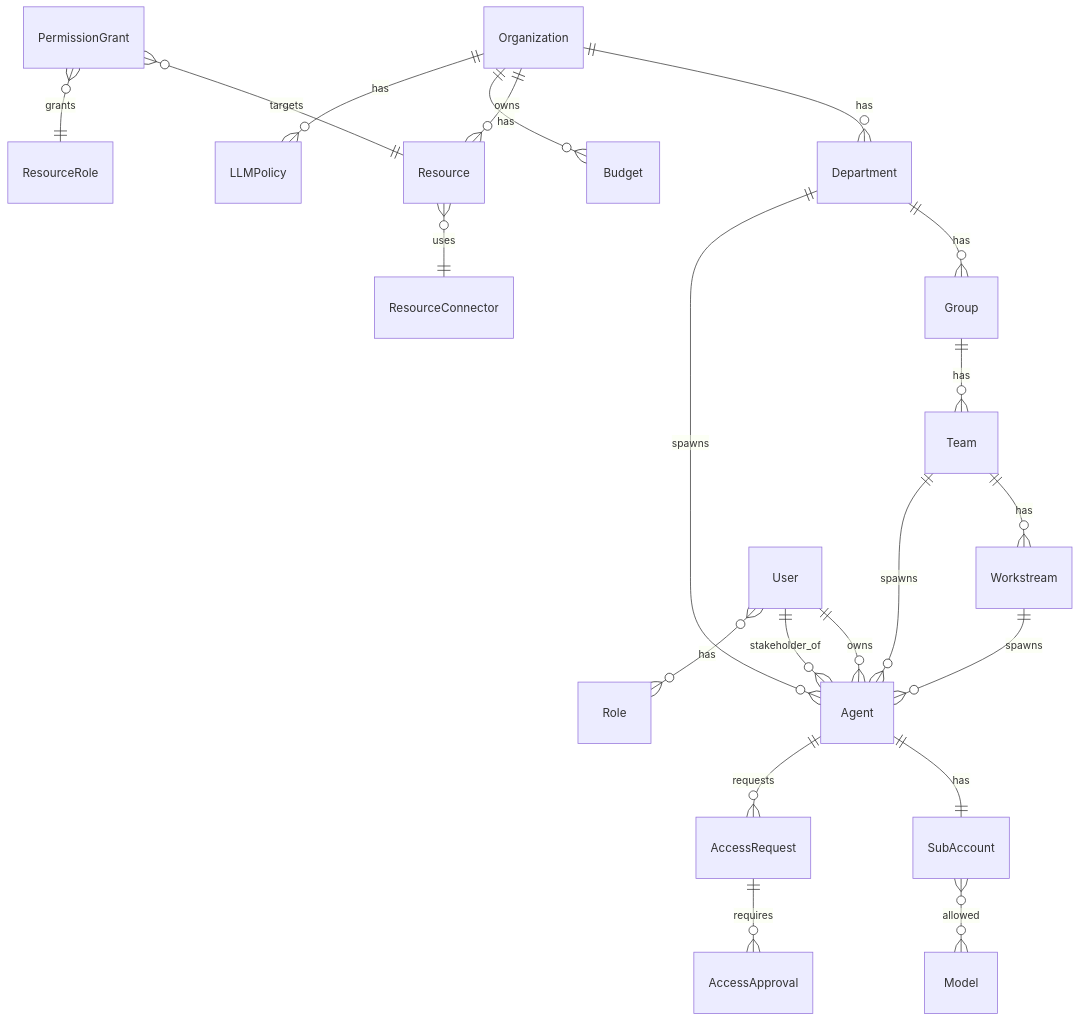
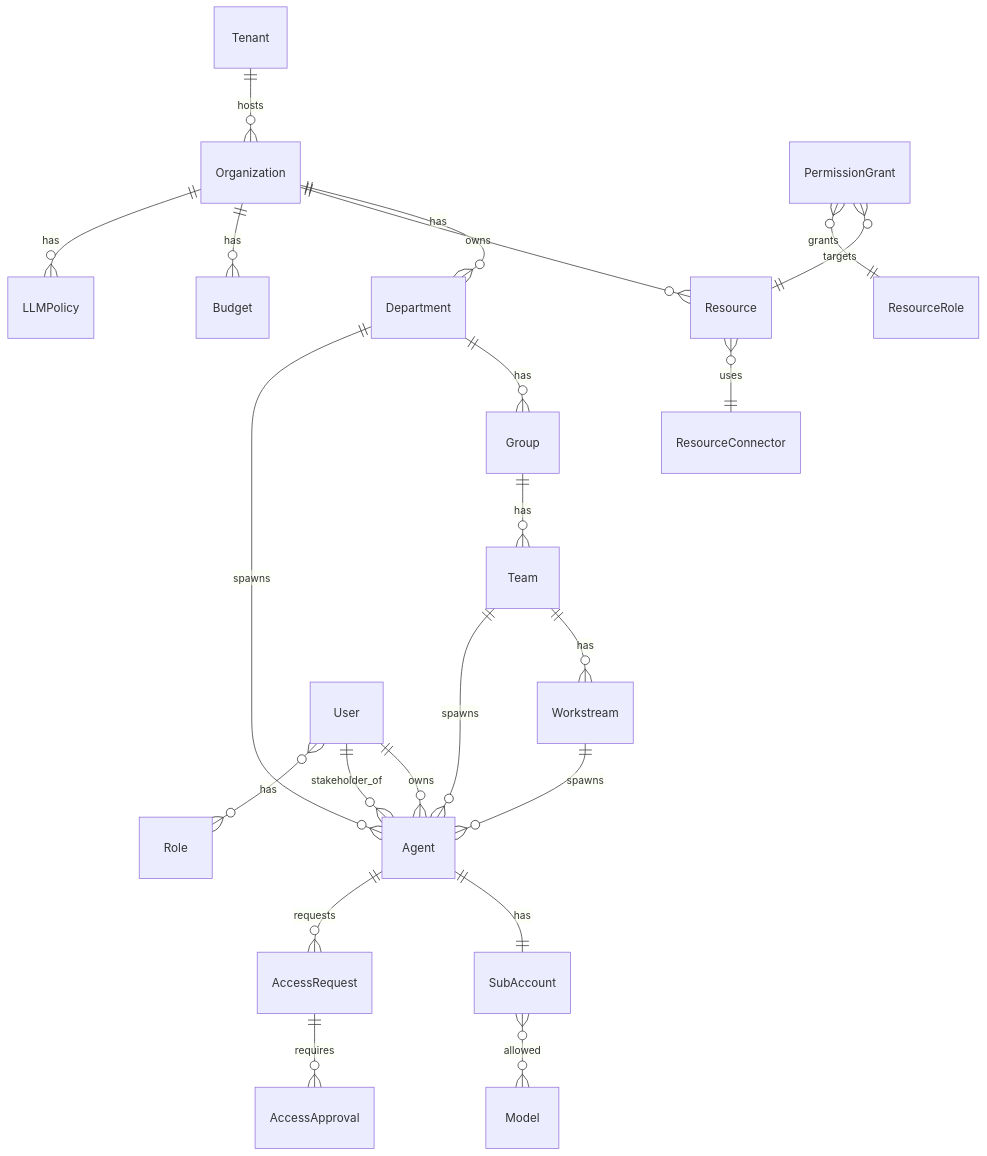
Before and after one commit to armdeployment/arm: the third of 7 diagrams in docs/arm-spec.md, drawn with Mermaid. The commit also changed other lines of this file and 3 other files, not shown here.

````diff
--- a/docs/arm-spec.md
+++ b/docs/arm-spec.md
@@ -295,23 +313,24 @@
 ```mermaid
 erDiagram
+  Tenant ||--o{ Organization : hosts
   Organization ||--o{ Department : has
   Department ||--o{ Group : has
   Group ||--o{ Team : has
   Team ||--o{ Workstream : has
   Department ||--o{ Agent : spawns
   Team ||--o{ Agent : spawns
   Workstream ||--o{ Agent : spawns
   User ||--o{ Agent : owns
   User ||--o{ Agent : stakeholder_of
   User }o--o{ Role : has
   Agent ||--|| SubAccount : has
   SubAccount }o--o{ Model : allowed
   Organization ||--o{ Resource : owns
   Resource }o--|| ResourceConnector : uses
   PermissionGrant }o--|| Resource : targets
   PermissionGrant }o--|| ResourceRole : grants
   Agent ||--o{ AccessRequest : requests
   AccessRequest ||--o{ AccessApproval : requires
   Organization ||--o{ Budget : has
   Organization ||--o{ LLMPolicy : has
 ```
````
